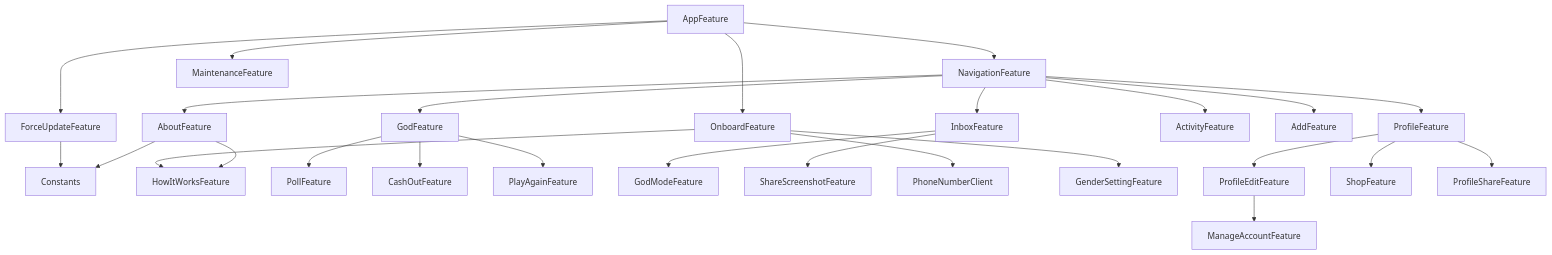
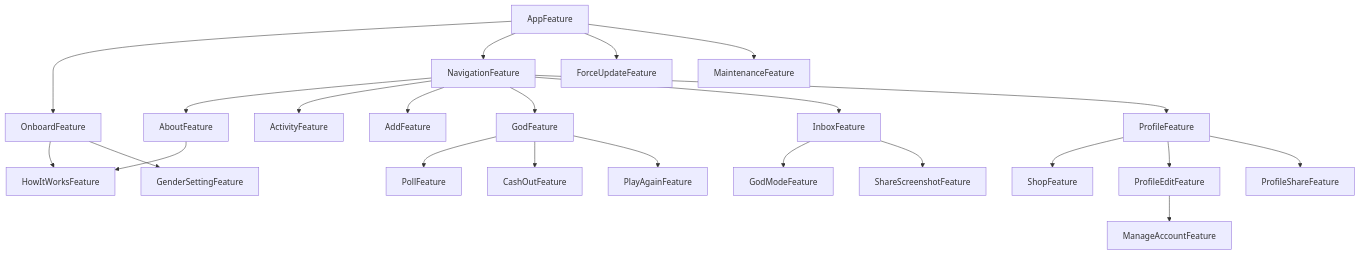
Before and after one commit to 0x1-company/god-ios: the diagram in Packages/GodPackage/README.md, drawn with Mermaid.

Commit message:
Run dgraph

````diff
--- a/Packages/GodPackage/README.md
+++ b/Packages/GodPackage/README.md
@@ -6,28 +6,25 @@
 ```mermaid
 graph TD;
-    AboutFeature-->Constants;
     AboutFeature-->HowItWorksFeature;
     AppFeature-->OnboardFeature;
     AppFeature-->NavigationFeature;
     AppFeature-->ForceUpdateFeature;
     AppFeature-->MaintenanceFeature;
-    ForceUpdateFeature-->Constants;
     GodFeature-->PollFeature;
     GodFeature-->CashOutFeature;
     GodFeature-->PlayAgainFeature;
     InboxFeature-->GodModeFeature;
     InboxFeature-->ShareScreenshotFeature;
     NavigationFeature-->AboutFeature;
     NavigationFeature-->ActivityFeature;
     NavigationFeature-->AddFeature;
     NavigationFeature-->GodFeature;
     NavigationFeature-->InboxFeature;
     NavigationFeature-->ProfileFeature;
     OnboardFeature-->HowItWorksFeature;
-    OnboardFeature-->PhoneNumberClient;
     OnboardFeature-->GenderSettingFeature;
     ProfileEditFeature-->ManageAccountFeature;
     ProfileFeature-->ShopFeature;
     ProfileFeature-->ProfileEditFeature;
     ProfileFeature-->ProfileShareFeature;
 ```
````
